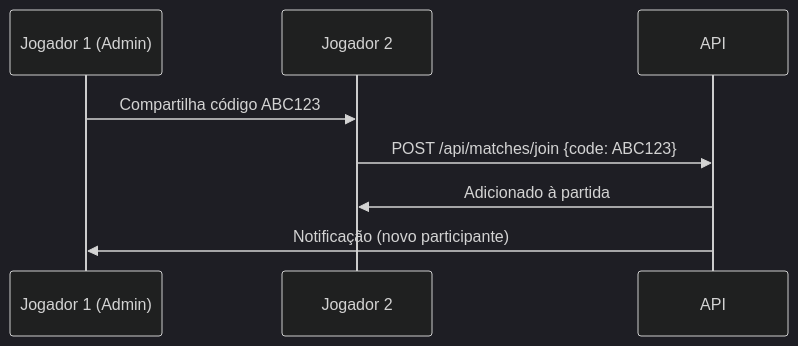
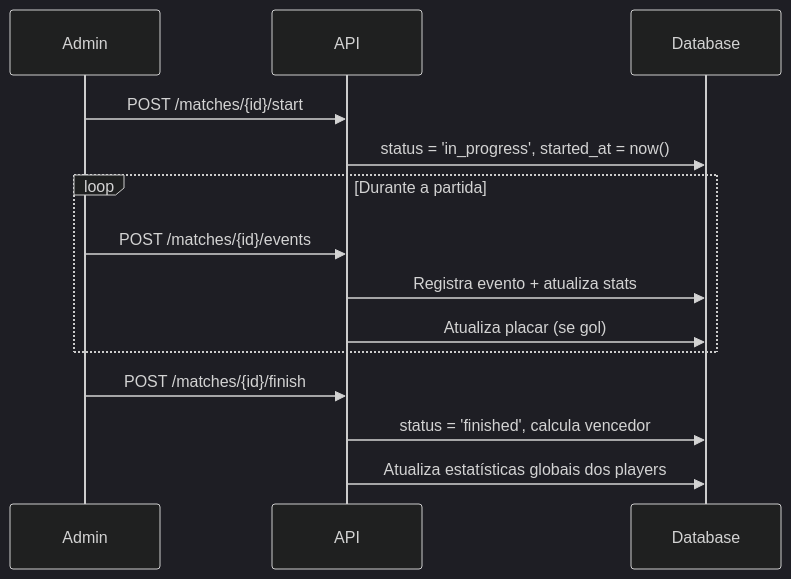
One commit to Fut-Match/back-end changed the second of 2 diagrams in docs/matches-api.md. Above: the diagram before and after it, drawn with Mermaid (dark theme). The commit also changed other lines of this file and 16 other files, not shown here.

````diff
--- a/docs/matches-api.md
+++ b/docs/matches-api.md
@@ -179,11 +348,19 @@
 ```mermaid
 sequenceDiagram
-    participant J1 as Jogador 1 (Admin)
-    participant J2 as Jogador 2
+    participant A as Admin
     participant API as API
+    participant DB as Database
     
-    J1->>J2: Compartilha código ABC123
-    J2->>API: POST /api/matches/join {code: ABC123}
-    API->>J2: Adicionado à partida
-    API->>J1: Notificação (novo participante)
+    A->>API: POST /matches/{id}/start
+    API->>DB: status = 'in_progress', started_at = now()
+    
+    loop Durante a partida
+        A->>API: POST /matches/{id}/events
+        API->>DB: Registra evento + atualiza stats
+        API->>DB: Atualiza placar (se gol)
+    end
+    
+    A->>API: POST /matches/{id}/finish
+    API->>DB: status = 'finished', calcula vencedor
+    API->>DB: Atualiza estatísticas globais dos players
 ```
````
